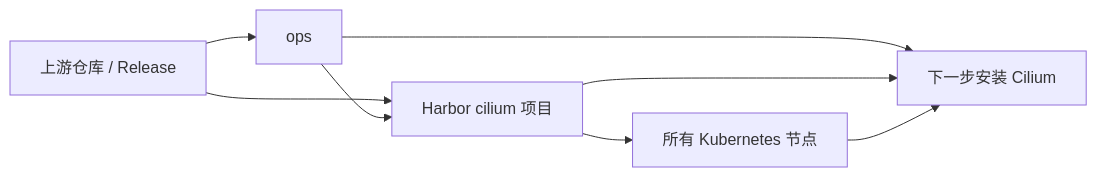
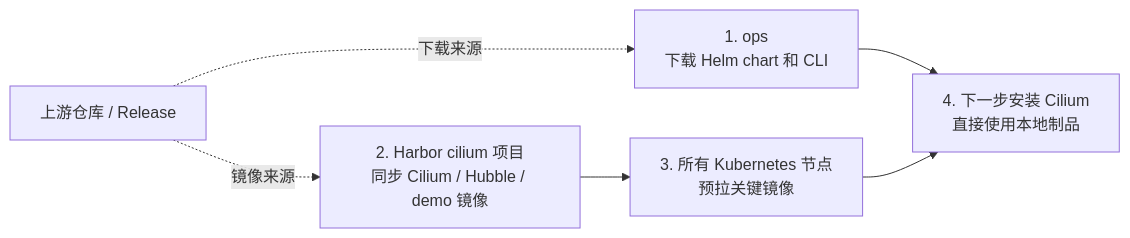
The diagram in k8s/02-cloud-native-networking/docs/02_prepare_cilium_artifacts.md (hwang-protocol/docker_k8s_2026), drawn with Mermaid before and after one commit. The commit also changed other lines of this file, not shown here.

````diff
--- a/k8s/02-cloud-native-networking/docs/02_prepare_cilium_artifacts.md
+++ b/k8s/02-cloud-native-networking/docs/02_prepare_cilium_artifacts.md
@@ -70,16 +63,13 @@
 ```mermaid
 flowchart LR
-  internet[上游仓库 / Release]
-  ops[ops]
-  harbor[Harbor cilium 项目]
-  nodes[所有 Kubernetes 节点]
-  install[下一步安装 Cilium]
+  upstream[上游仓库 / Release]
+  step1[1. ops<br/>下载 Helm chart 和 CLI]
+  step2[2. Harbor cilium 项目<br/>同步 Cilium / Hubble / demo 镜像]
+  step3[3. 所有 Kubernetes 节点<br/>预拉关键镜像]
+  step4[4. 下一步安装 Cilium<br/>直接使用本地制品]
 
-  internet --> ops
-  internet --> harbor
-  ops --> harbor
-  harbor --> nodes
-  ops --> install
-  harbor --> install
-  nodes --> install
+  upstream -. 下载来源 .-> step1
+  upstream -. 镜像来源 .-> step2
+  step1 --> step4
+  step2 --> step3 --> step4
 ```
````
